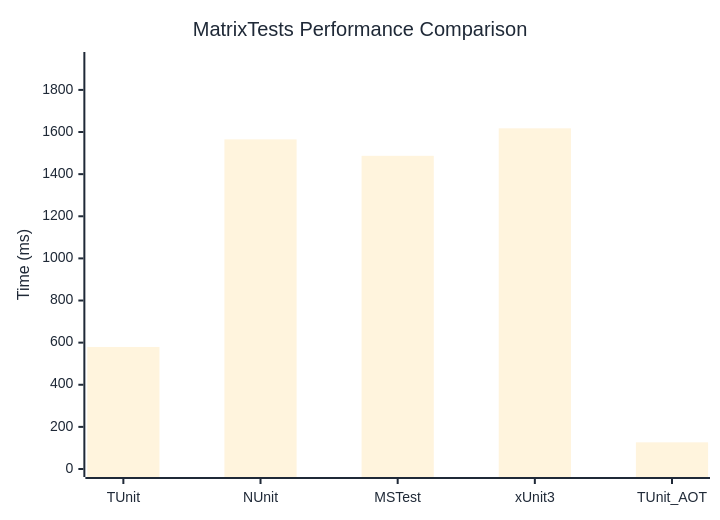
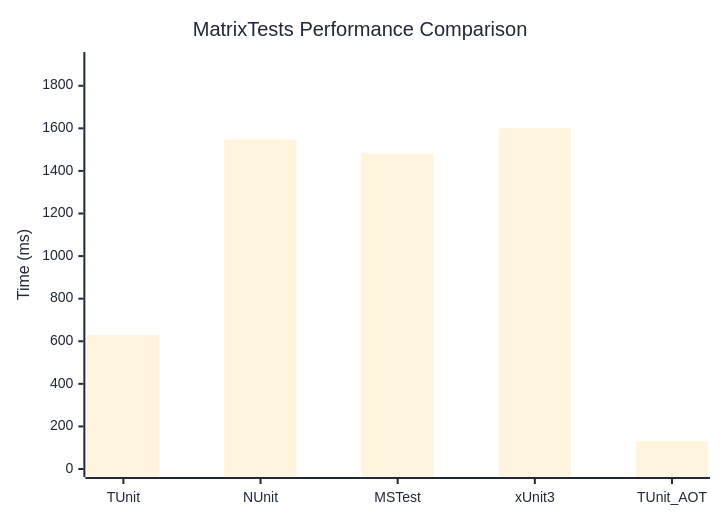
One commit to weiyilai/TUnit changed the diagram in docs/docs/benchmarks/MatrixTests.md. Above: the diagram before and after it, drawn with Mermaid. The commit also changed other lines of this file and 16 other files, not shown here.

````diff
--- a/docs/docs/benchmarks/MatrixTests.md
+++ b/docs/docs/benchmarks/MatrixTests.md
@@ -27,37 +27,37 @@
 ```mermaid
 %%{init: {
   'theme':'base',
   'themeVariables': {
     'primaryColor': '#2563eb',
     'primaryTextColor': '#1f2937',
     'primaryBorderColor': '#1e40af',
     'lineColor': '#6b7280',
     'secondaryColor': '#7c3aed',
     'tertiaryColor': '#dc2626',
     'background': '#ffffff',
     'mainBkg': '#2563eb',
     'secondBkg': '#7c3aed',
     'tertiaryBkg': '#dc2626',
     'clusterBkg': '#f3f4f6',
     'edgeLabelBackground': '#ffffff',
     'tertiaryTextColor': '#1f2937',
     'pie1': '#2563eb',
     'pie2': '#7c3aed',
     'pie3': '#dc2626',
     'pie4': '#f59e0b',
     'pie5': '#10b981',
     'pie6': '#06b6d4',
     'pie7': '#ec4899',
     'pie8': '#6366f1',
     'pie9': '#84cc16',
     'pie10': '#f97316',
     'pie11': '#14b8a6',
     'pie12': '#a855f7'
   }
 }}%%
 xychart-beta
   title "MatrixTests Performance Comparison"
   x-axis ["TUnit", "NUnit", "MSTest", "xUnit3", "TUnit_AOT"]
-  y-axis "Time (ms)" 0 --> 1942
-  bar [579.4, 1565.2, 1487, 1617.6, 126.6]
+  y-axis "Time (ms)" 0 --> 1921
+  bar [629.1, 1547.9, 1482.1, 1600.6, 131.4]
 ```
````
